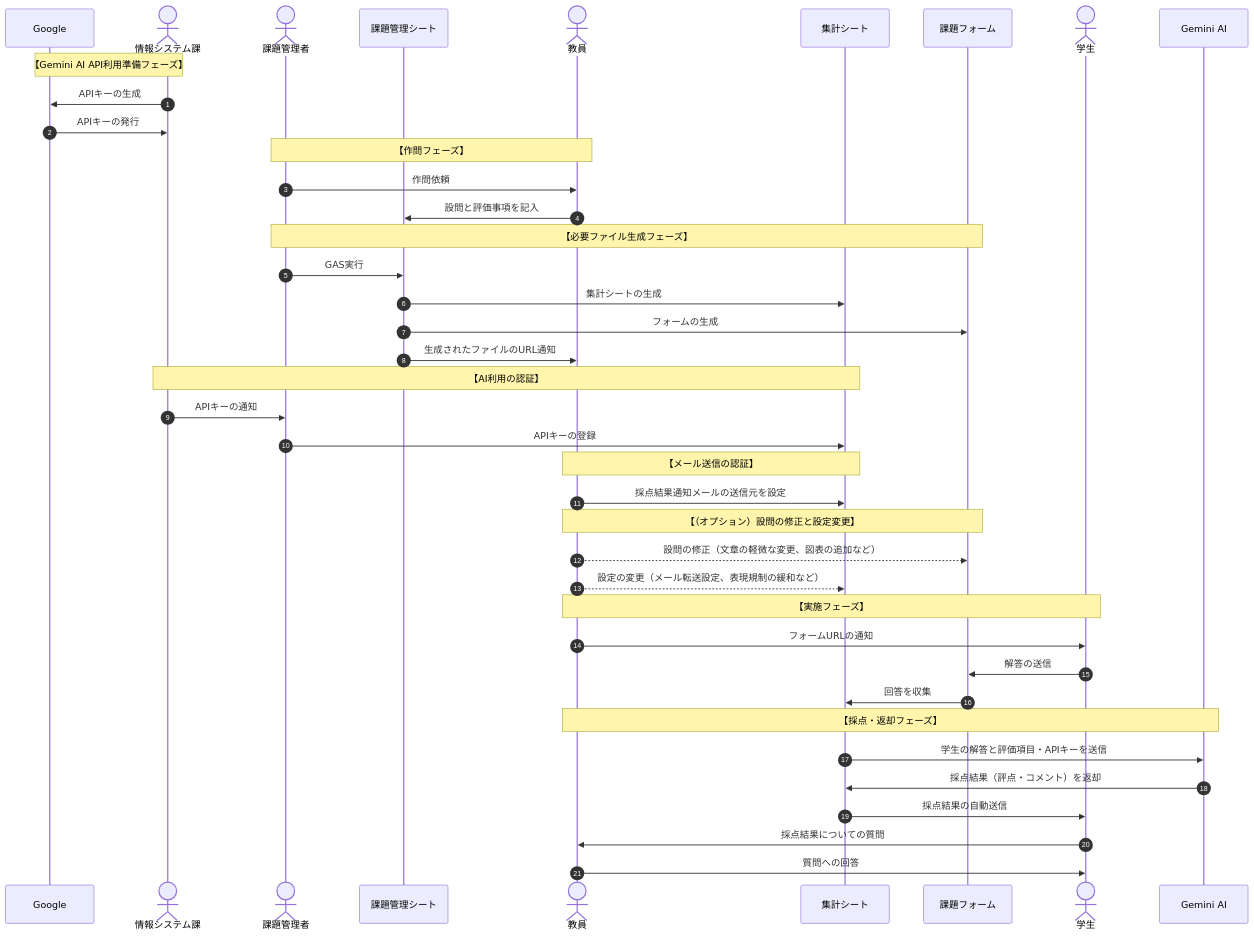
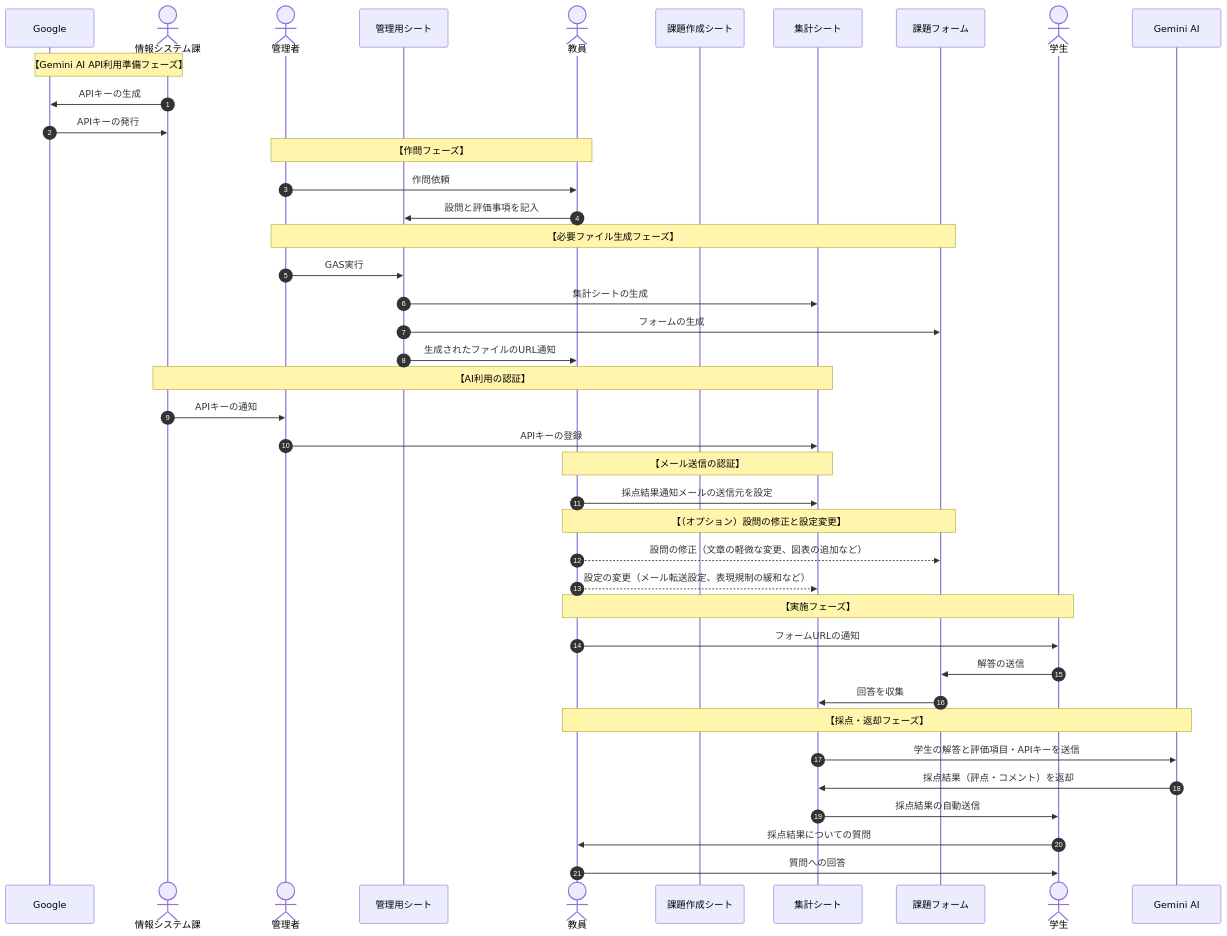
One commit to YujiSue/sAIten changed the diagram in README_JA.md. Above: the diagram before and after it, drawn with Mermaid. The commit also changed 10 other files, not shown here.

````diff
--- a/README_JA.md
+++ b/README_JA.md
@@ -158,51 +158,52 @@
 ```mermaid
 sequenceDiagram
     autonumber
     participant Google as Google
     actor KeyAdmin as 情報システム課
-    actor AcAffairs as 課題管理者
-    participant Manager as 課題管理シート
+    actor AcAffairs as 管理者
+    participant Manager as 管理用シート
     actor Teacher as 教員
+    participant Maker as 課題作成シート
     participant Score as 集計シート
     participant Form as 課題フォーム
     actor Student as 学生
     participant Gemini as Gemini AI
 
     Note over KeyAdmin,Google: 【Gemini AI API利用準備フェーズ】
     KeyAdmin->>Google: APIキーの生成
     Google->>KeyAdmin: APIキーの発行
     
     Note over AcAffairs, Teacher: 【作問フェーズ】
     AcAffairs->>Teacher: 作問依頼
     Teacher->>Manager: 設問と評価事項を記入
 
     Note over AcAffairs, Form: 【必要ファイル生成フェーズ】
     AcAffairs->>Manager: GAS実行
     Manager->>Score: 集計シートの生成
     Manager->>Form: フォームの生成
     Manager->>Teacher: 生成されたファイルのURL通知
 
     Note over KeyAdmin, Score: 【AI利用の認証】
     KeyAdmin->>AcAffairs: APIキーの通知
     AcAffairs->>Score: APIキーの登録
 
     Note over Teacher, Score: 【メール送信の認証】
     Teacher->>Score: 採点結果通知メールの送信元を設定
 
     Note over Teacher, Form: 【（オプション）設問の修正と設定変更】
     Teacher-->>Form: 設問の修正（文章の軽微な変更、図表の追加など）
     Teacher-->>Score: 設定の変更（メール転送設定、表現規制の緩和など）
 
     Note over Teacher, Student: 【実施フェーズ】
     Teacher->>Student: フォームURLの通知
     Student->>Form: 解答の送信
     Form->>Score: 回答を収集
 
     Note over Teacher, Gemini: 【採点・返却フェーズ】
     Score->>Gemini: 学生の解答と評価項目・APIキーを送信
     Gemini->>Score: 採点結果（評点・コメント）を返却
     Score->>Student: 採点結果の自動送信
 
     Student->>Teacher: 採点結果についての質問
     Teacher->>Student: 質問への回答
 ```
````
